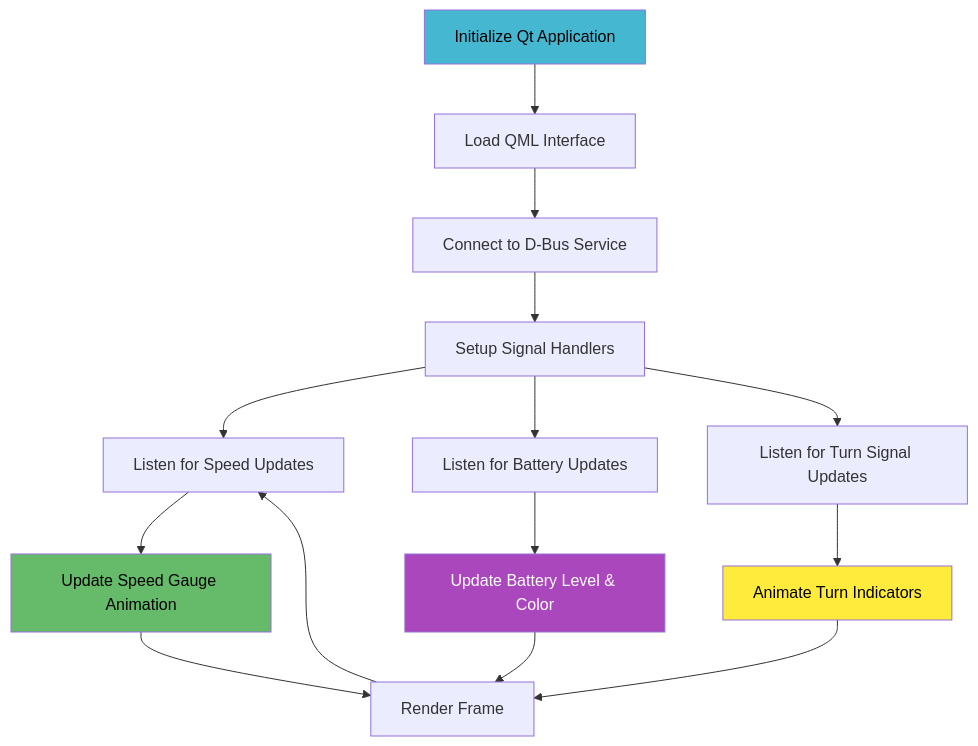
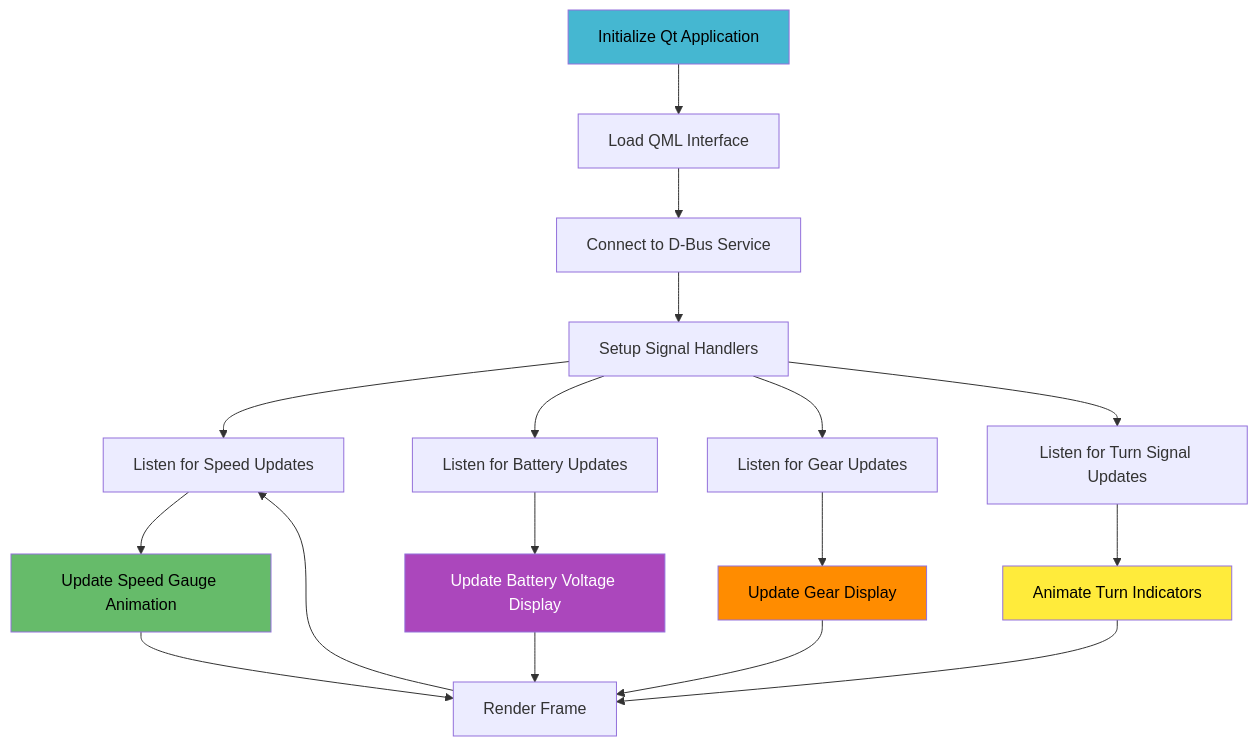
One commit to saicharansathyam/Instrument-Cluster changed the fourth of 8 diagrams in README.md. Above: the diagram before and after it, drawn with Mermaid. The commit also changed other lines of this file, not shown here.

````diff
--- a/README.md
+++ b/README.md
@@ -97,25 +99,30 @@
 ```mermaid
 flowchart TD
     A[Initialize Qt Application] --> B[Load QML Interface]
     B --> C[Connect to D-Bus Service]
     C --> D[Setup Signal Handlers]
     
     D --> E[Listen for Speed Updates]
     E --> F[Update Speed Gauge Animation]
     
     D --> G[Listen for Battery Updates]
-    G --> H[Update Battery Level & Color]
+    G --> H[Update Battery Voltage Display]
     
-    D --> I[Listen for Turn Signal Updates]
-    I --> J[Animate Turn Indicators]
+    D --> I[Listen for Gear Updates]
+    I --> J[Update Gear Display]
     
-    F --> K[Render Frame]
-    H --> K
-    J --> K
-    K --> E
+    D --> K[Listen for Turn Signal Updates]
+    K --> L[Animate Turn Indicators]
+    
+    F --> M[Render Frame]
+    H --> M
+    J --> M
+    L --> M
+    M --> E
     
     style A fill:#45b7d1,color:#000
     style F fill:#66bb6a,color:#000
     style H fill:#ab47bc,color:#fff
-    style J fill:#ffeb3b,color:#000
+    style J fill:#ff8c00,color:#000
+    style L fill:#ffeb3b,color:#000
 ```
````
